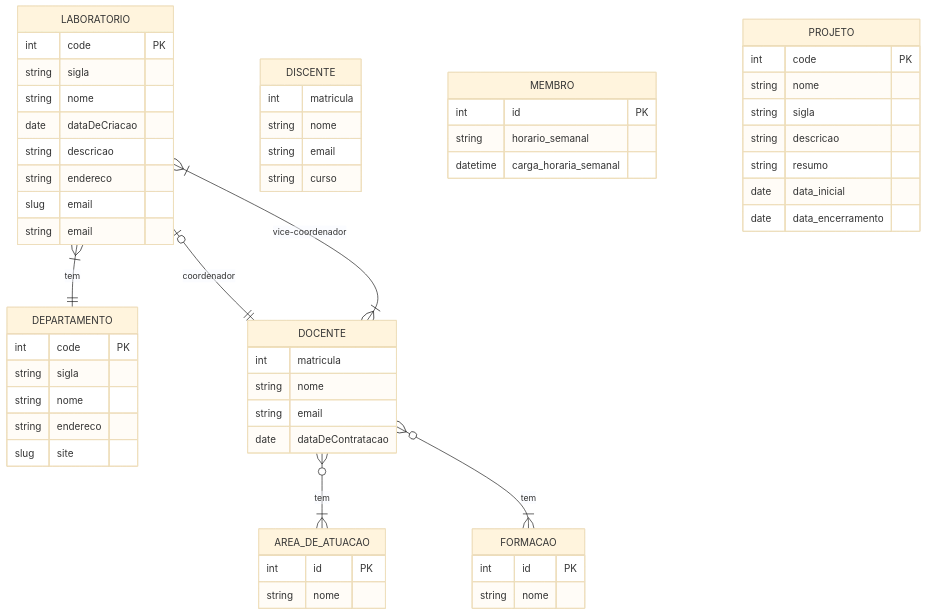
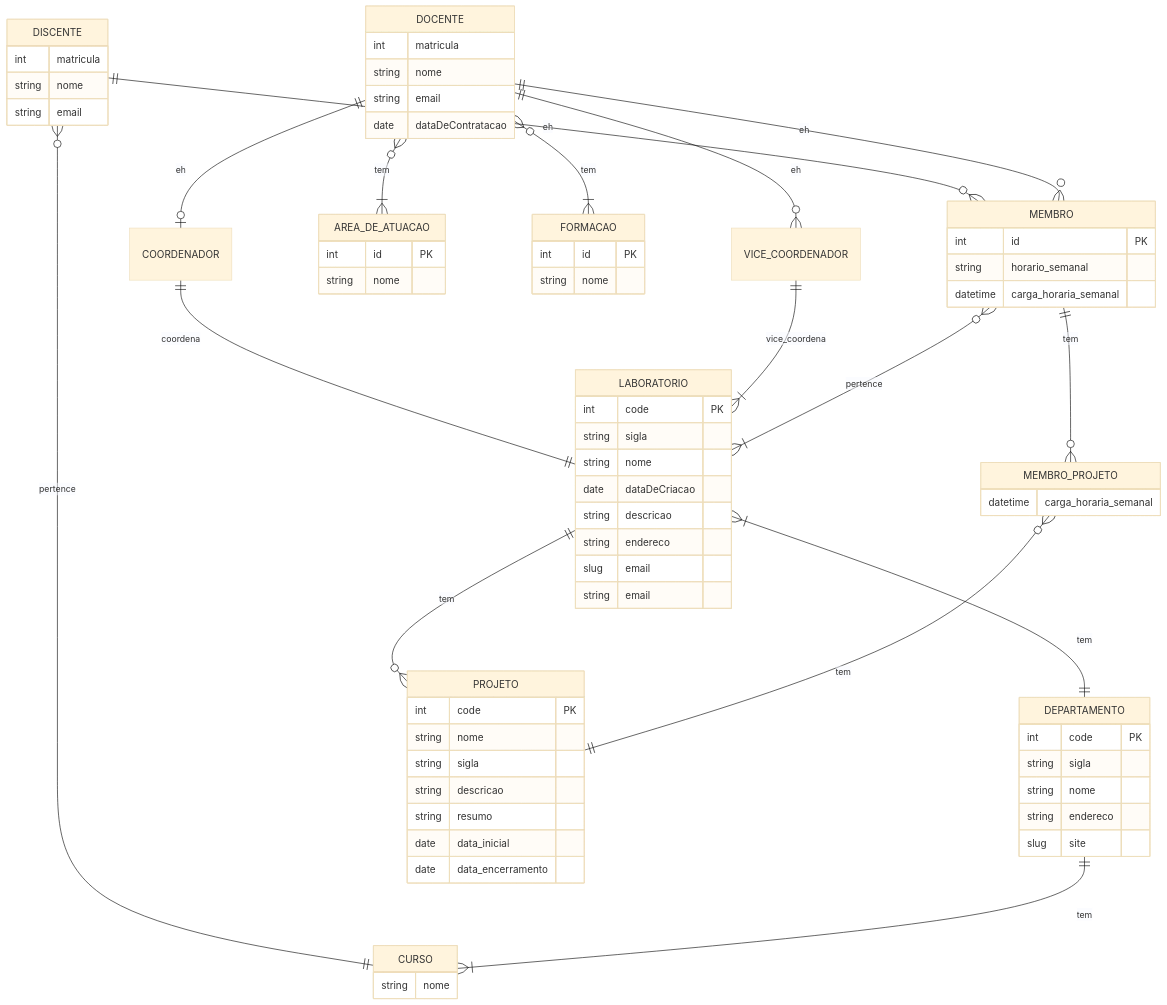
Before and after one commit to tacianosilva/bsi-tasks: the diagram in database/20231/tarefas/mts-lucas/tarefa02.md, drawn with Mermaid (base theme).

Commit message:
encerrando diagrama #59

````diff
--- a/database/20231/tarefas/mts-lucas/tarefa02.md
+++ b/database/20231/tarefas/mts-lucas/tarefa02.md
@@ -103,6 +103,12 @@
         string email
         date dataDeContratacao
     }
+    COORDENADOR {
+
+    }
+    VICE_COORDENADOR {
+
+    }
     AREA_DE_ATUACAO {
 
         int id PK
@@ -119,7 +125,9 @@
         int matricula
         string nome
         string email
-        string curso
+    }
+    CURSO {
+        string nome
     }
     MEMBRO {
         int id PK
@@ -137,10 +145,30 @@
         date data_encerramento
     }
 
+    MEMBRO_PROJETO {
+        datetime carga_horaria_semanal
+    }
+
     LABORATORIO }|--|| DEPARTAMENTO : tem
     DOCENTE }o--|{ AREA_DE_ATUACAO : tem
     DOCENTE }o--|{ FORMACAO : tem
-    LABORATORIO |o--|| DOCENTE : coordenador
-    LABORATORIO }|--|{ DOCENTE : vice-coordenador
+
+    DOCENTE ||--o| COORDENADOR : eh
+    COORDENADOR ||--|| LABORATORIO : coordena
+
+    DOCENTE ||--o{ VICE_COORDENADOR : eh
+    VICE_COORDENADOR ||--|{ LABORATORIO : vice_coordena
+
+    DISCENTE }o--|| CURSO : pertence
+    DEPARTAMENTO ||--|{ CURSO : tem
+
+    MEMBRO }o--|{ LABORATORIO : pertence
+    DISCENTE ||--o{ MEMBRO : eh
+    DOCENTE ||--o{ MEMBRO : eh
+
+    LABORATORIO ||--o{ PROJETO : tem
+    MEMBRO ||--o{ MEMBRO_PROJETO : tem
+    MEMBRO_PROJETO }o--|| PROJETO : tem
+    
 
 ```
````
